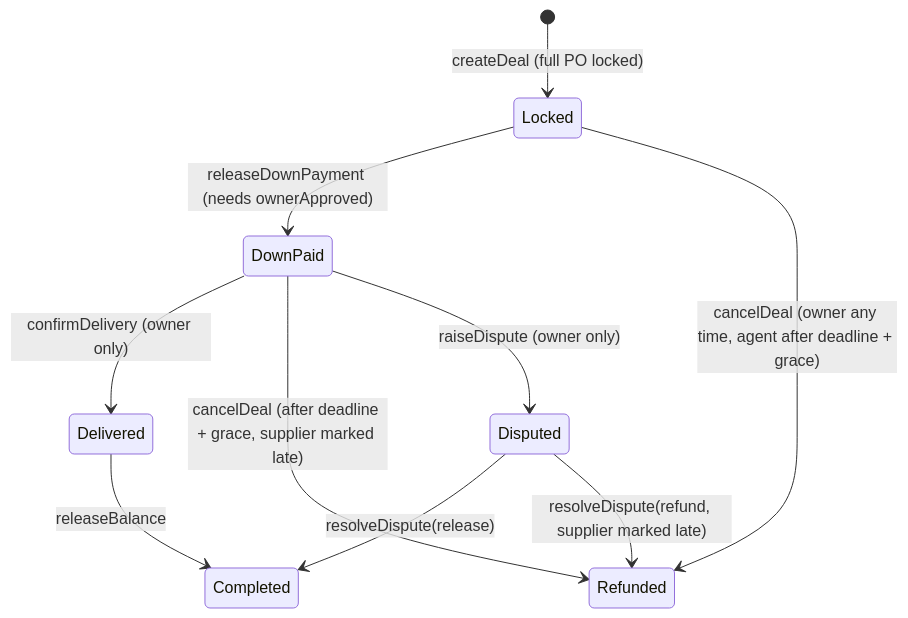
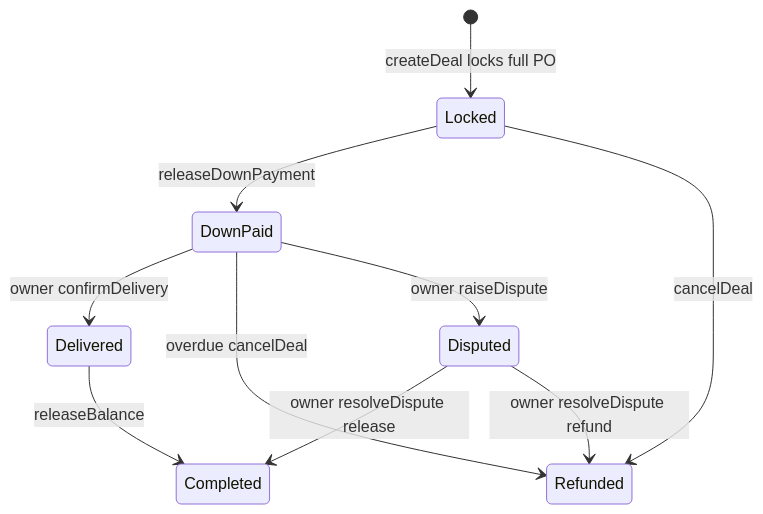
Before and after one commit to shaan8/TR8DE: the second of 2 diagrams in docs/submission/1-technical-documentation.md, drawn with Mermaid. The commit also changed other lines of this file and 1 other file, not shown here.

````diff
--- a/docs/submission/1-technical-documentation.md
+++ b/docs/submission/1-technical-documentation.md
@@ -71,12 +41,12 @@
 ```mermaid
 stateDiagram-v2
-  [*] --> Locked: createDeal (full PO locked)
-  Locked --> DownPaid: releaseDownPayment (needs ownerApproved)
-  DownPaid --> Delivered: confirmDelivery (owner only)
+  [*] --> Locked: createDeal locks full PO
+  Locked --> DownPaid: releaseDownPayment
+  DownPaid --> Delivered: owner confirmDelivery
   Delivered --> Completed: releaseBalance
-  Locked --> Refunded: cancelDeal (owner any time, agent after deadline + grace)
-  DownPaid --> Refunded: cancelDeal (after deadline + grace, supplier marked late)
-  DownPaid --> Disputed: raiseDispute (owner only)
-  Disputed --> Completed: resolveDispute(release)
-  Disputed --> Refunded: resolveDispute(refund, supplier marked late)
+  Locked --> Refunded: cancelDeal
+  DownPaid --> Refunded: overdue cancelDeal
+  DownPaid --> Disputed: owner raiseDispute
+  Disputed --> Completed: owner resolveDispute release
+  Disputed --> Refunded: owner resolveDispute refund
 ```
````
